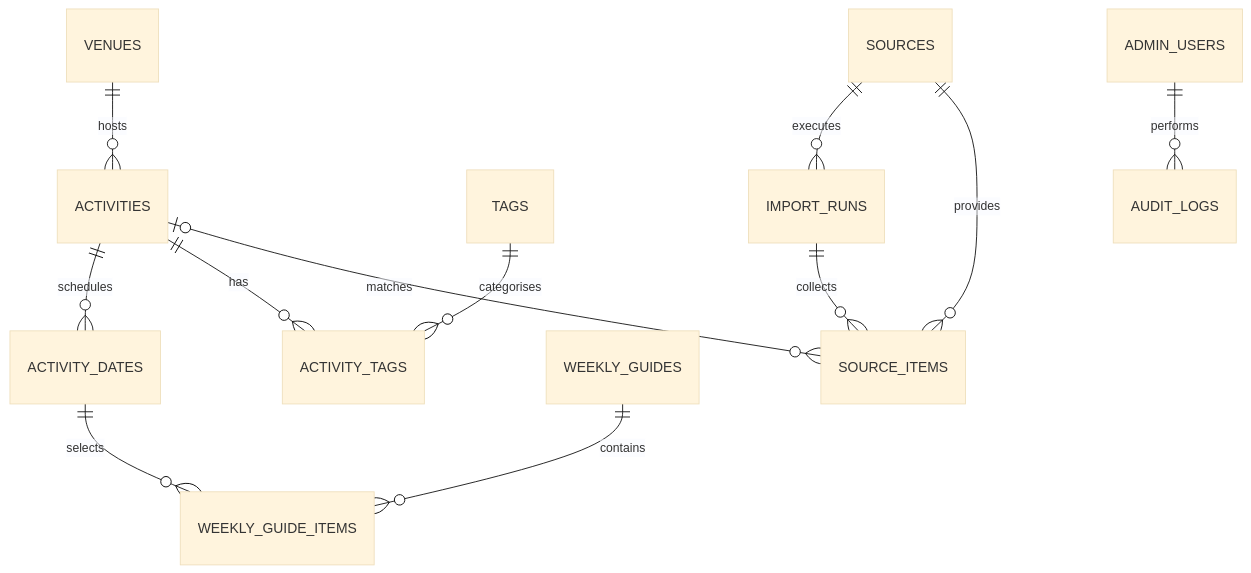
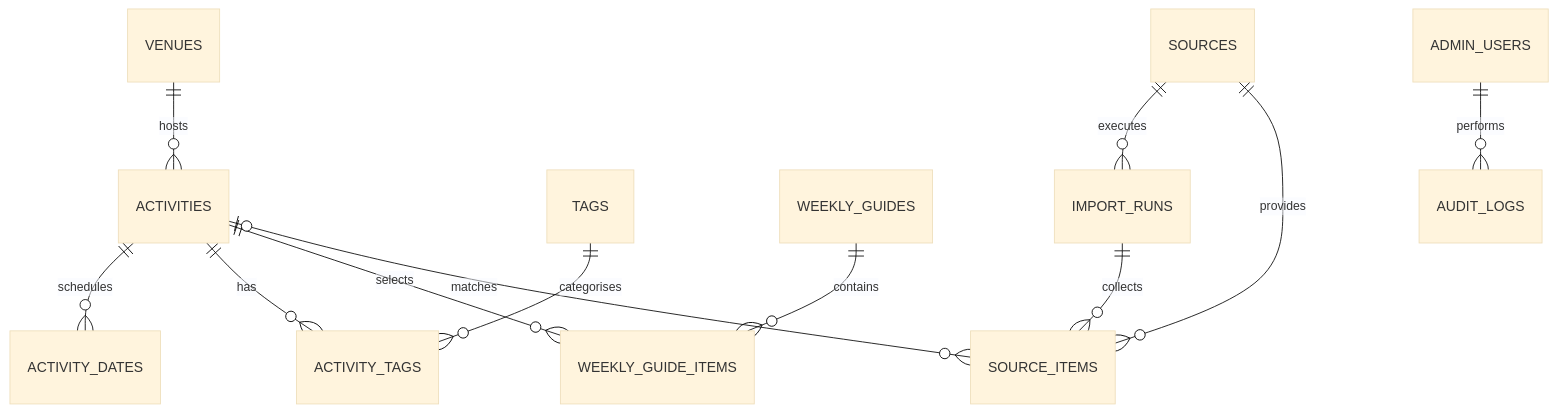
Before and after one commit to boqiaok/the-tron-loop: the diagram in docs/database/schema.md, drawn with Mermaid (base theme). The commit also changed other lines of this file and 95 other files, not shown here.

````diff
--- a/docs/database/schema.md
+++ b/docs/database/schema.md
@@ -8,14 +8,14 @@
 ```mermaid
 erDiagram
     VENUES ||--o{ ACTIVITIES : hosts
     ACTIVITIES ||--o{ ACTIVITY_DATES : schedules
     ACTIVITIES ||--o{ ACTIVITY_TAGS : has
     TAGS ||--o{ ACTIVITY_TAGS : categorises
     WEEKLY_GUIDES ||--o{ WEEKLY_GUIDE_ITEMS : contains
-    ACTIVITY_DATES ||--o{ WEEKLY_GUIDE_ITEMS : selects
+    ACTIVITIES ||--o{ WEEKLY_GUIDE_ITEMS : selects
     SOURCES ||--o{ IMPORT_RUNS : executes
     SOURCES ||--o{ SOURCE_ITEMS : provides
     IMPORT_RUNS ||--o{ SOURCE_ITEMS : collects
     ACTIVITIES o|--o{ SOURCE_ITEMS : matches
     ADMIN_USERS ||--o{ AUDIT_LOGS : performs
 ```
````
